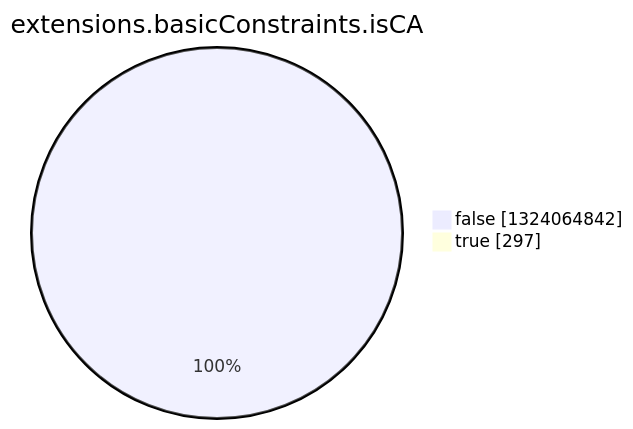
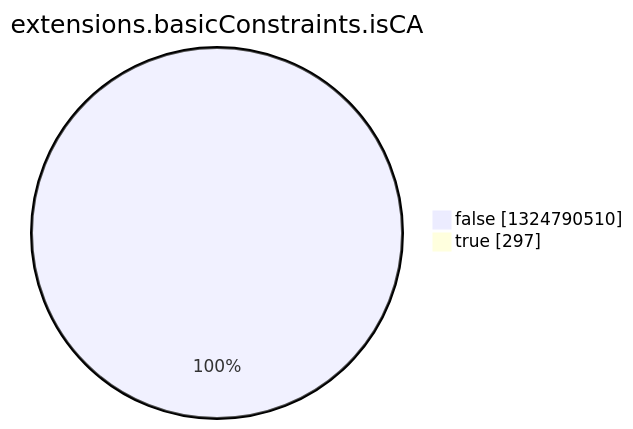
Before and after one commit to christiankrug/ctmonitor_visualization: the eighth of 15 diagrams in argon2022/README.md, drawn with Mermaid. The commit also changed other lines of this file, not shown here.

````diff
--- a/argon2022/README.md
+++ b/argon2022/README.md
@@ -2758,6 +2758,6 @@
 ```mermaid
 pie showData
 title extensions.basicConstraints.isCA
-"false" :1324064842
+"false" :1324790510
 "true" :297
 ```
````
